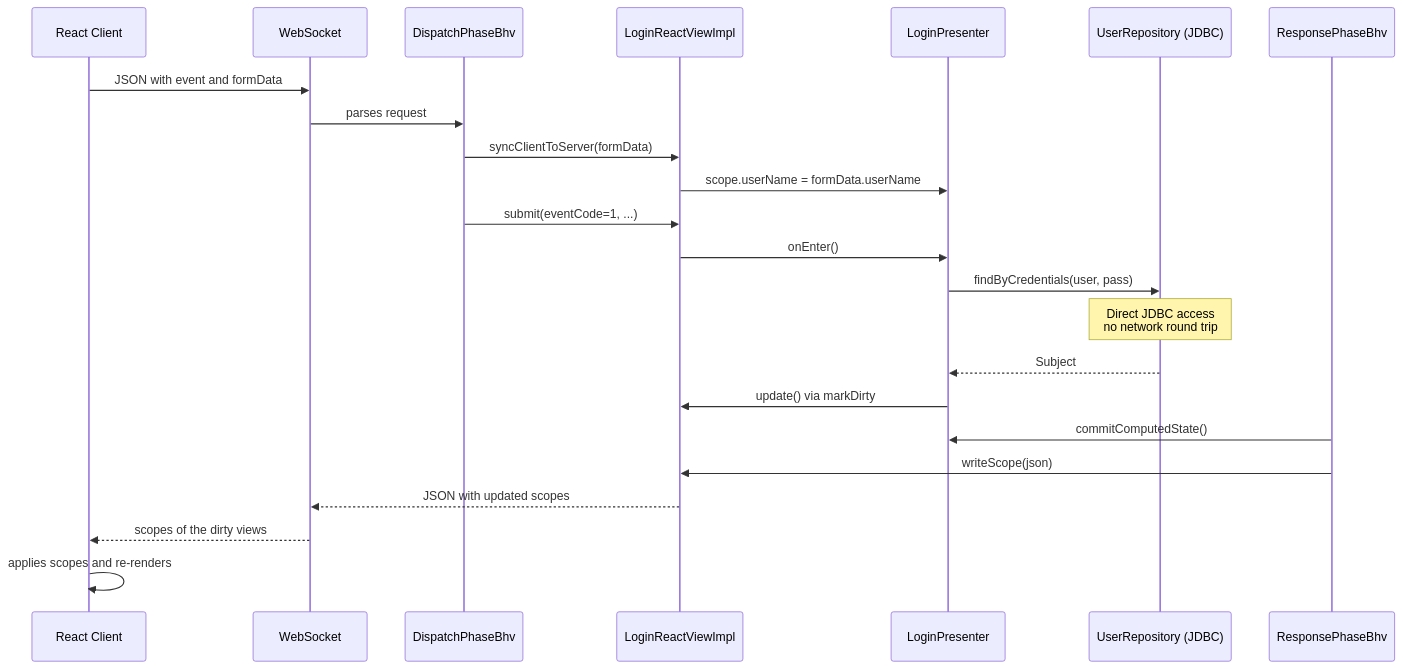
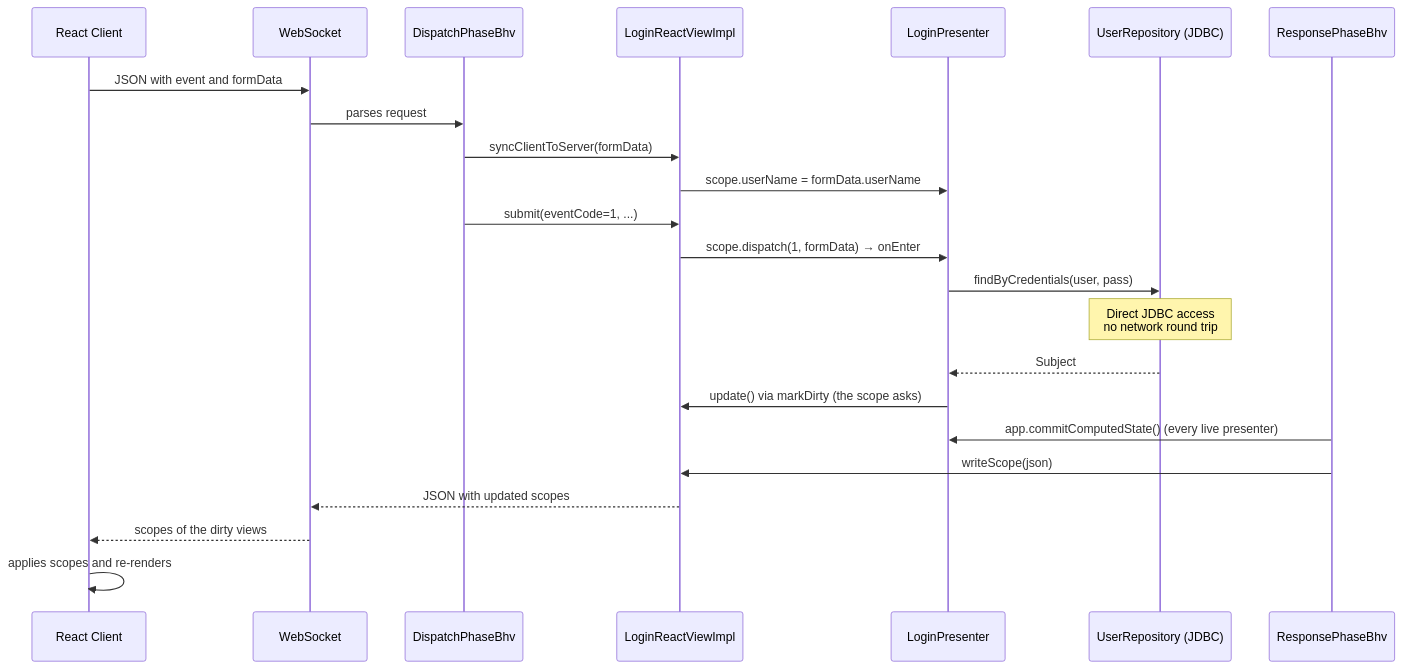
Before and after one commit to mrcdom/wdc-cube-kotlin: the fourth of 9 diagrams in docs/architecture-react.md, drawn with Mermaid. The commit also changed other lines of this file and 14 other files, not shown here.

````diff
--- a/docs/architecture-react.md
+++ b/docs/architecture-react.md
@@ -127,26 +127,26 @@
 ```mermaid
 sequenceDiagram
     participant Browser as React Client
     participant WS as WebSocket
     participant Dispatch as DispatchPhaseBhv
     participant ViewImpl as LoginReactViewImpl
     participant Presenter as LoginPresenter
     participant Repo as UserRepository (JDBC)
     participant Response as ResponsePhaseBhv
 
     Browser->>WS: JSON with event and formData
     WS->>Dispatch: parses request
     Dispatch->>ViewImpl: syncClientToServer(formData)
     ViewImpl->>Presenter: scope.userName = formData.userName
     Dispatch->>ViewImpl: submit(eventCode=1, ...)
-    ViewImpl->>Presenter: onEnter()
+    ViewImpl->>Presenter: scope.dispatch(1, formData) → onEnter
     Presenter->>Repo: findByCredentials(user, pass)
     Note over Repo: Direct JDBC access<br/>no network round trip
     Repo-->>Presenter: Subject
-    Presenter->>ViewImpl: update() via markDirty
-    Response->>Presenter: commitComputedState()
+    Presenter->>ViewImpl: update() via markDirty (the scope asks)
+    Response->>Presenter: app.commitComputedState() (every live presenter)
     Response->>ViewImpl: writeScope(json)
     ViewImpl-->>WS: JSON with updated scopes
     WS-->>Browser: scopes of the dirty views
     Browser->>Browser: applies scopes and re-renders
 ```
````
